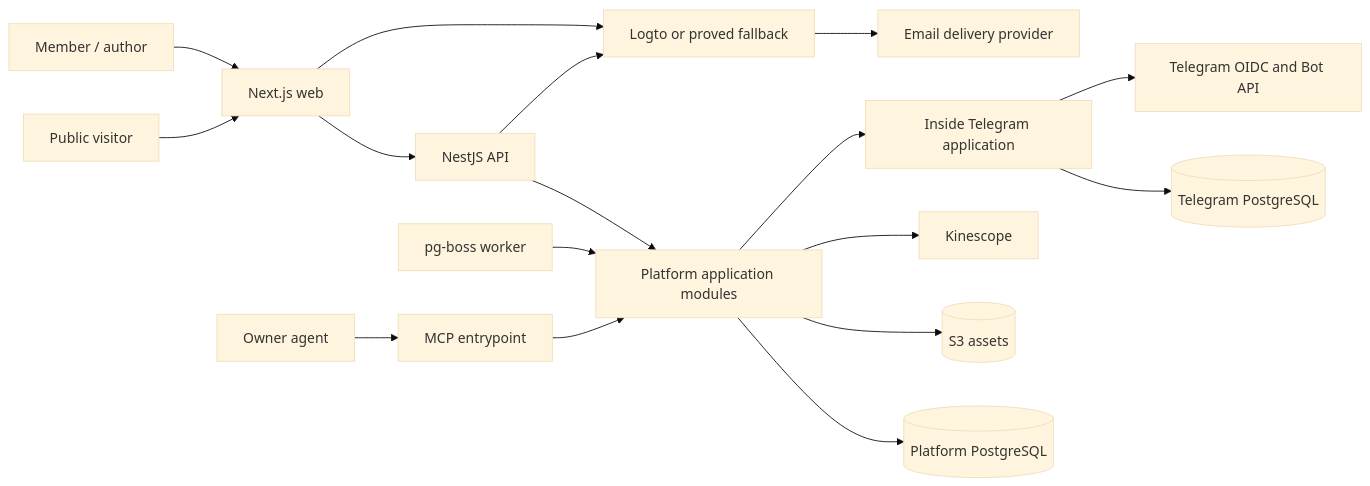
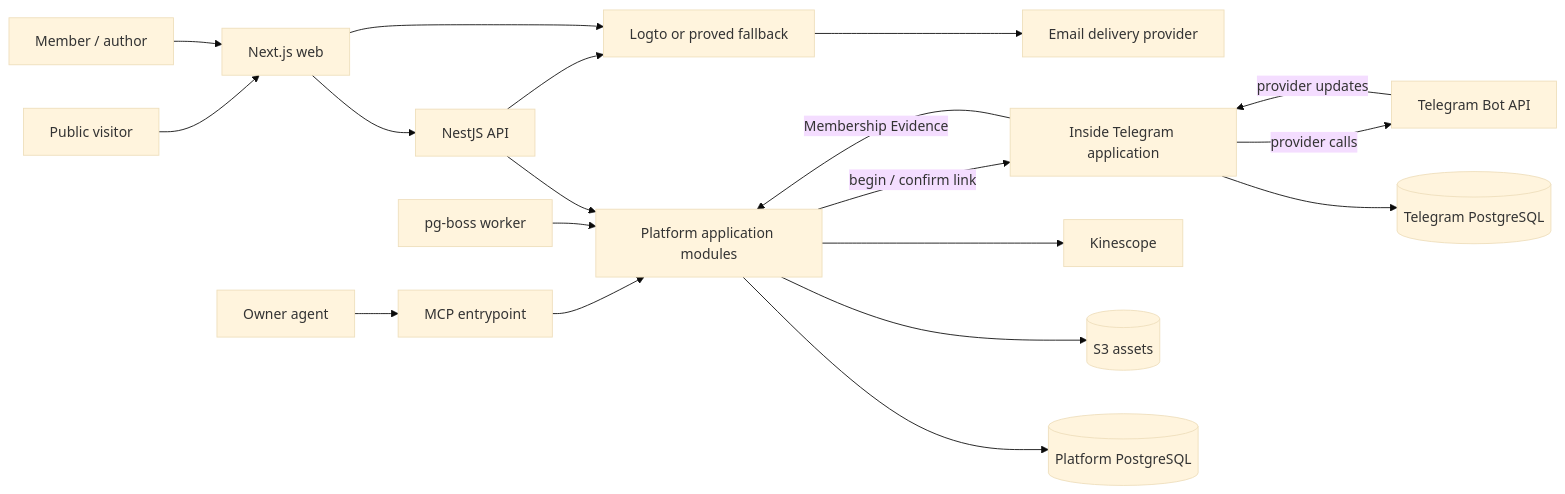
One commit to sachkov-inside/workspace changed the first of 2 diagrams in docs/specifications/platform-v1.md. Above: the diagram before and after it, drawn with Mermaid (base theme). The commit also changed other lines of this file and 12 other files, not shown here.

First line of the commit message:
docs: synchronize Telegram start and membership contracts

````diff
--- a/docs/specifications/platform-v1.md
+++ b/docs/specifications/platform-v1.md
@@ -162,19 +165,21 @@
 ```mermaid
 flowchart LR
     Visitor[Public visitor] --> Web[Next.js web]
     Member[Member / author] --> Web
     Agent[Owner agent] --> MCP[MCP entrypoint]
     Web --> API[NestJS API]
     MCP --> App[Platform application modules]
     API --> App
     Worker[pg-boss worker] --> App
     App --> PDB[(Platform PostgreSQL)]
     App --> S3[(S3 assets)]
     App --> Kin[Kinescope]
     Web --> IdP[Logto or proved fallback]
     API --> IdP
     IdP --> Email[Email delivery provider]
-    App --> Tg[Inside Telegram application]
+    App -->|begin / confirm link| Tg[Inside Telegram application]
+    Tg -->|Membership Evidence| App
     Tg --> TDB[(Telegram PostgreSQL)]
-    Tg --> Telegram[Telegram OIDC and Bot API]
+    Telegram -->|provider updates| Tg
+    Tg -->|provider calls| Telegram[Telegram Bot API]
 ```
````
